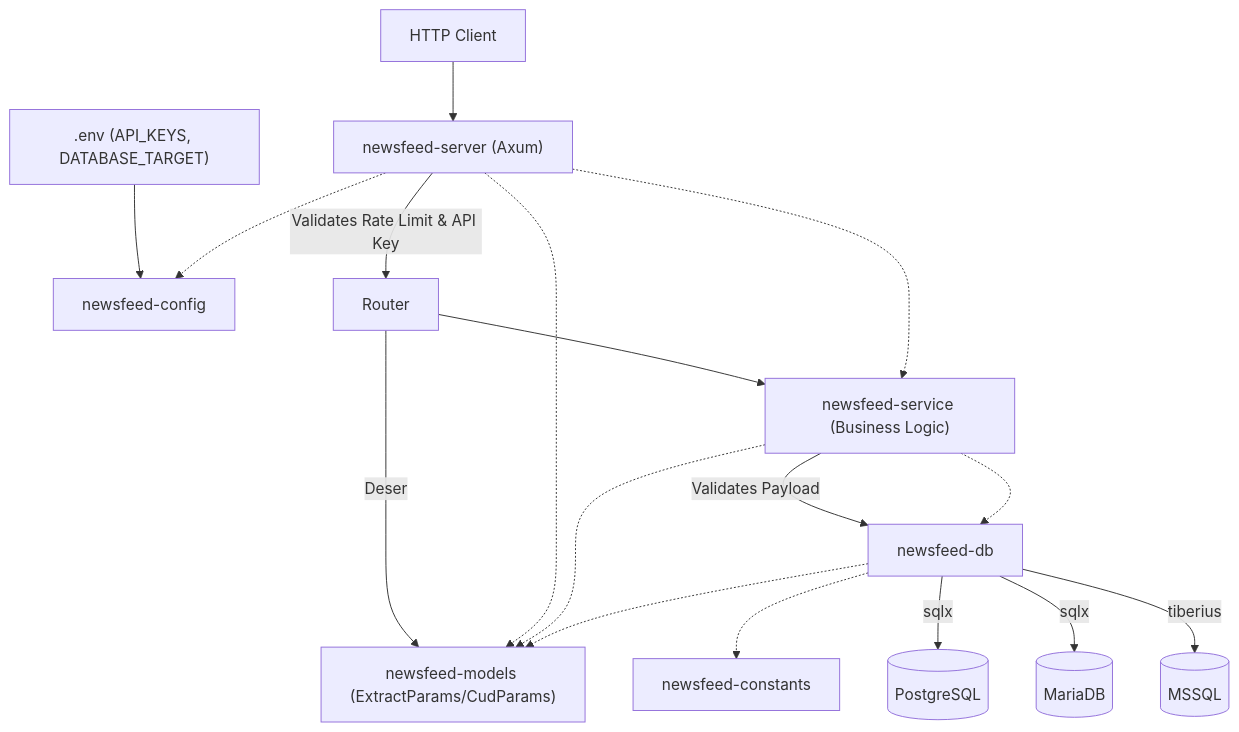
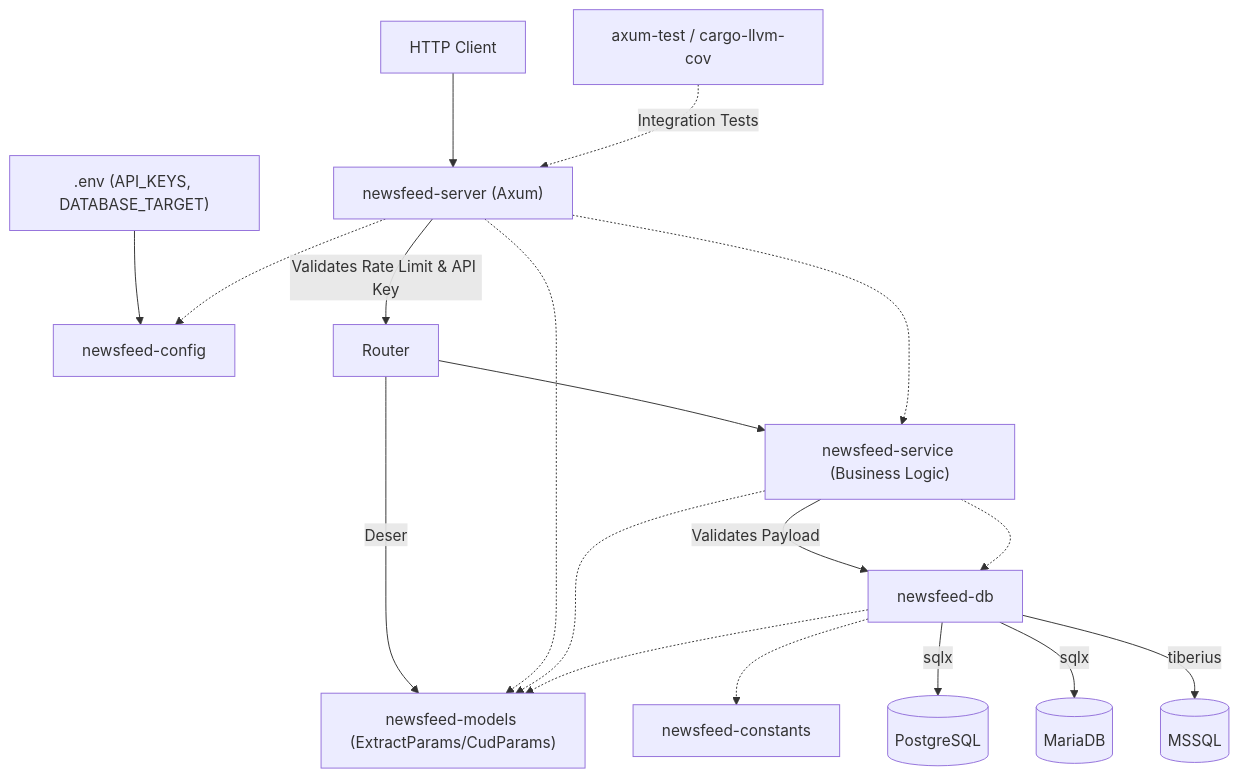
Before and after one commit to Cuates/webservicerust: the diagram in KNOWLEDGE_GRAPH.md, drawn with Mermaid. The commit also changed other lines of this file and 23 other files, not shown here.

````diff
--- a/KNOWLEDGE_GRAPH.md
+++ b/KNOWLEDGE_GRAPH.md
@@ -3,26 +3,29 @@
 ```mermaid
 graph TD
     %% Core Inputs
     ENV[".env (API_KEYS, DATABASE_TARGET)"] --> Config[newsfeed-config]
     Client[HTTP Client] --> Server["newsfeed-server (Axum)"]
     
     %% Request Flow
     Server --> |Validates Rate Limit & API Key| Router
     Router --> |Deser| Models["newsfeed-models (ExtractParams/CudParams)"]
     Router --> Service["newsfeed-service (Business Logic)"]
     Service --> |Validates Payload| DB[newsfeed-db]
     
     %% Dependency Arrows (Crate Level)
     Server -.-> Service
     Server -.-> Config
     Server -.-> Models
     Service -.-> DB
     Service -.-> Models
     DB -.-> Models
     DB -.-> Constants[newsfeed-constants]
     
     %% DB Engines
     DB --> |sqlx| Postgres[(PostgreSQL)]
     DB --> |sqlx| MariaDB[(MariaDB)]
     DB --> |tiberius| MSSQL[(MSSQL)]
+    
+    %% Testing
+    TestSuite[axum-test / cargo-llvm-cov] -.-> |Integration Tests| Server
 ```
````
